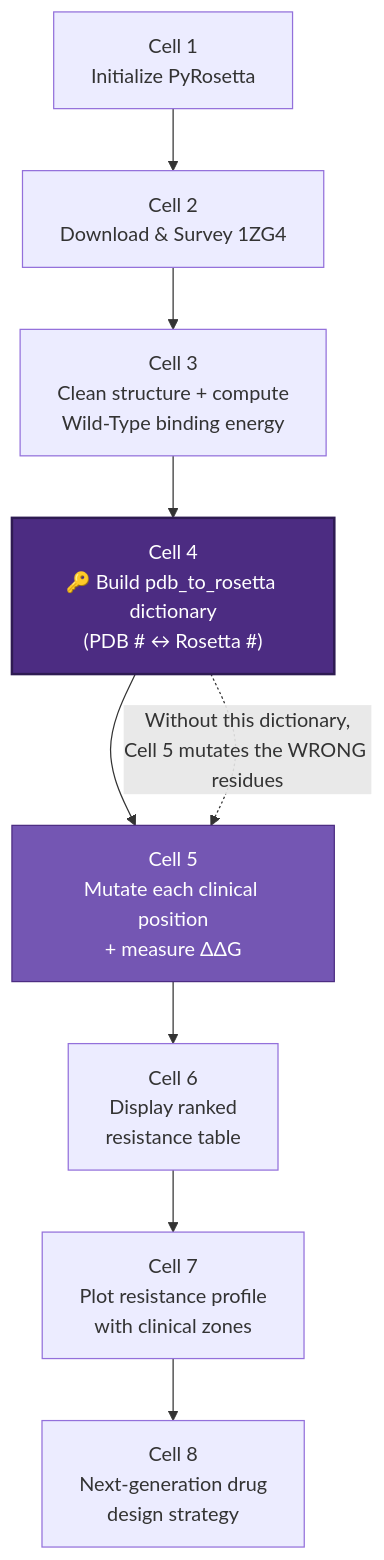
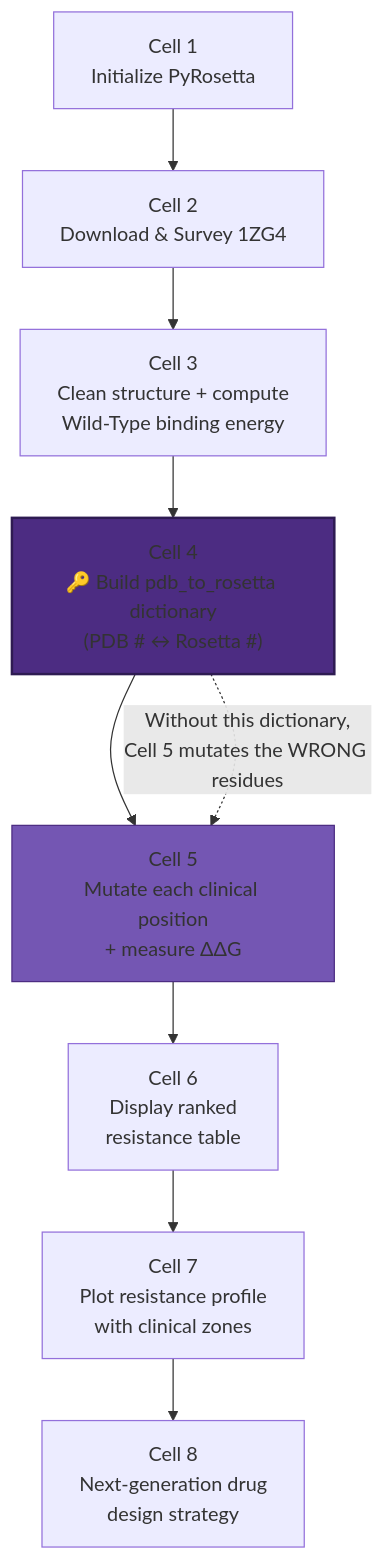
Before and after one commit to chensimichelle/chensimichelle.github.io: the first of 2 diagrams in _projects/Project6AntibioticResistance.md, drawn with Mermaid. The commit also changed other lines of this file and 2 other files, not shown here.

````diff
--- a/_projects/Project6AntibioticResistance.md
+++ b/_projects/Project6AntibioticResistance.md
@@ -30,15 +36,15 @@
 ```mermaid
 flowchart TD
     A["Cell 1<br/>Initialize PyRosetta"] --> B["Cell 2<br/>Download & Survey 1ZG4"]
     B --> C["Cell 3<br/>Clean structure + compute<br/>Wild-Type binding energy"]
     C --> D["Cell 4<br/>🔑 Build pdb_to_rosetta dictionary<br/>(PDB # ↔ Rosetta #)"]
     D --> E["Cell 5<br/>Mutate each clinical position<br/>+ measure ΔΔG"]
     E --> F["Cell 6<br/>Display ranked<br/>resistance table"]
     F --> G["Cell 7<br/>Plot resistance profile<br/>with clinical zones"]
     G --> H["Cell 8<br/>Next-generation drug<br/>design strategy"]
 
     D -.->|"Without this dictionary,<br/>Cell 5 mutates the WRONG residues"| E
 
-    style D fill:#4c2c82,color:#fff,stroke:#2e1b52,stroke-width:2px
-    style E fill:#7456b3,color:#fff,stroke:#4c2c82,stroke-width:1px
+    style D fill:#4c2c82,color:#ffffff !important,stroke:#2e1b52,stroke-width:2px
+    style E fill:#7456b3,color:#ffffff !important,stroke:#4c2c82,stroke-width:1px
 ```
````
